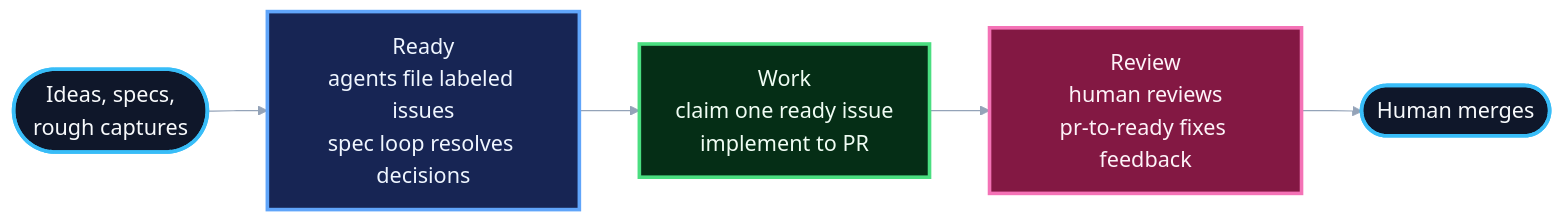
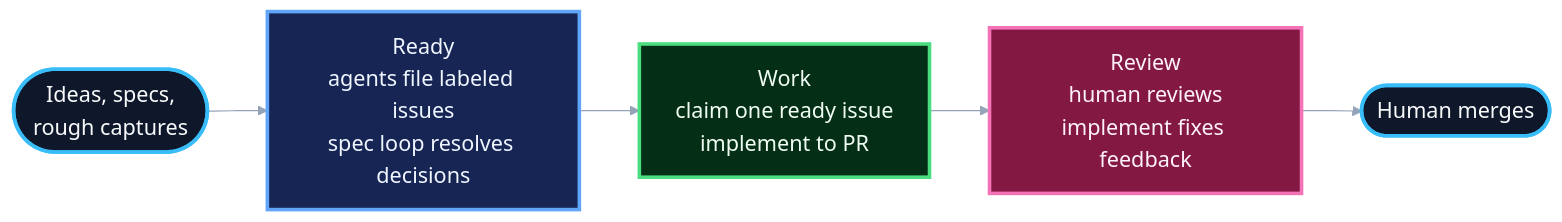
The diagram in guides/loops.md (owainlewis/blueprint), drawn with Mermaid before and after one commit. The commit also changed other lines of this file and 6 other files, not shown here.

Commit message:
feat(skills): fold PR feedback into implement (#33)

````diff
--- a/guides/loops.md
+++ b/guides/loops.md
@@ -12,21 +12,21 @@
 ```mermaid
 %%{init: {"theme": "base", "themeVariables": {"fontFamily": "Inter, ui-sans-serif, system-ui", "fontSize": "18px", "primaryTextColor": "#f8fafc", "tertiaryTextColor": "#f8fafc", "lineColor": "#94a3b8", "edgeLabelBackground": "#020617"}}}%%
 flowchart LR
     Ideas([Ideas, specs,<br/>rough captures])
     Ready["Ready<br/>agents file labeled issues<br/>spec loop resolves decisions"]
     Work["Work<br/>claim one ready issue<br/>implement to PR"]
-    Review["Review<br/>human reviews<br/>pr-to-ready fixes feedback"]
+    Review["Review<br/>human reviews<br/>implement fixes feedback"]
     Merge([Human merges])
 
     Ideas --> Ready --> Work --> Review --> Merge
 
     classDef start fill:#0f172a,stroke:#38bdf8,stroke-width:3px,color:#f8fafc,font-size:18px;
     classDef ready fill:#172554,stroke:#60a5fa,stroke-width:3px,color:#eff6ff,font-size:18px;
     classDef work fill:#052e16,stroke:#4ade80,stroke-width:3px,color:#f0fdf4,font-size:18px;
     classDef review fill:#831843,stroke:#f472b6,stroke-width:3px,color:#fdf2f8,font-size:18px;
 
     class Ideas,Merge start;
     class Ready ready;
     class Work work;
     class Review review;
 ```
````
